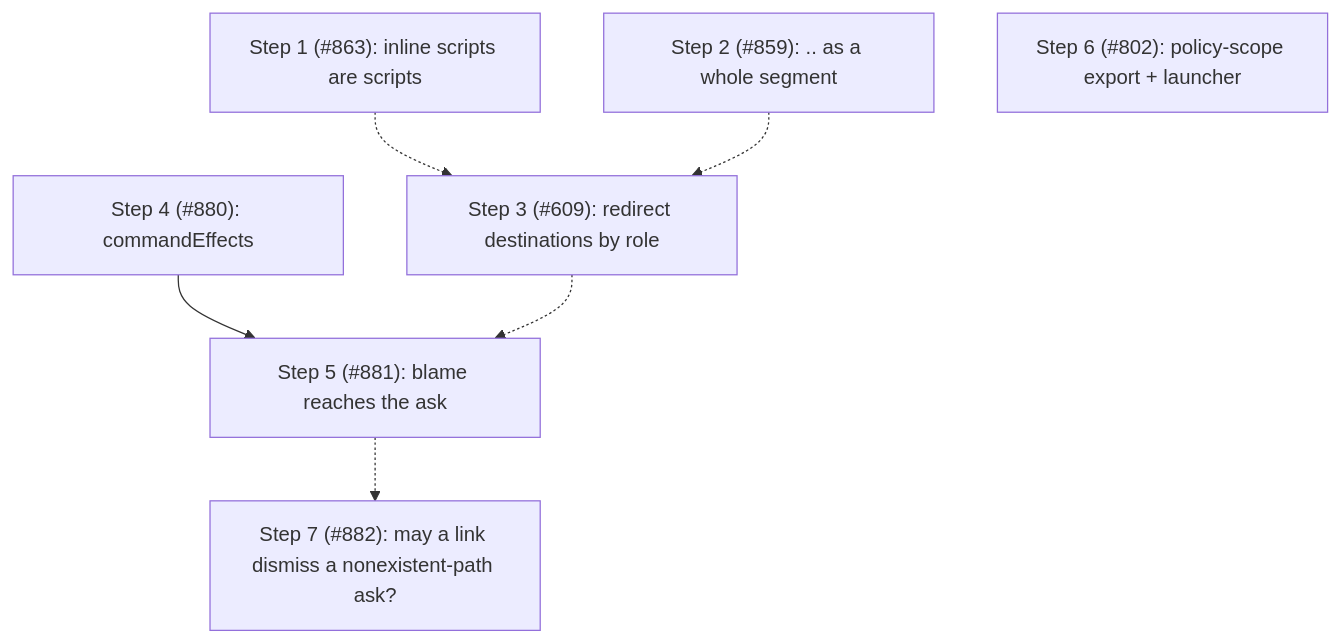
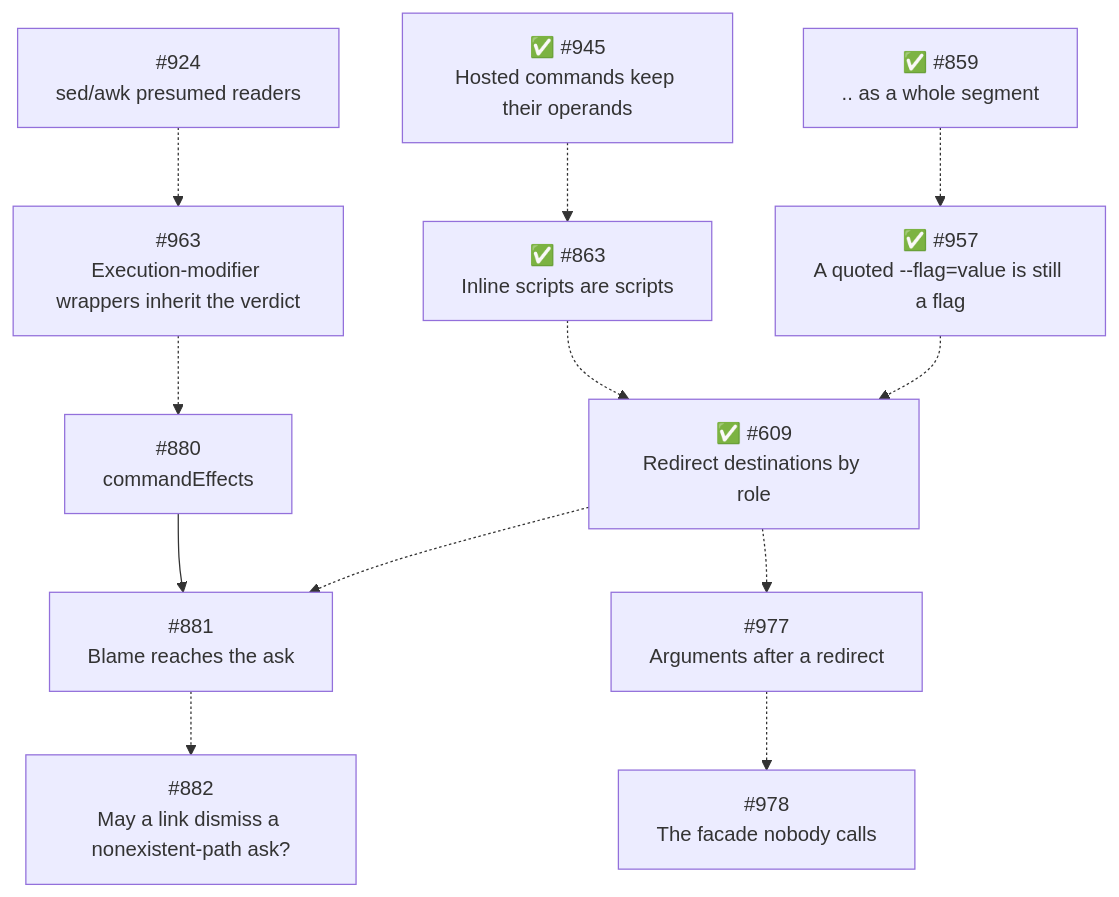
Before and after one commit to xzzpig/pi-extensions: the fourth of 4 diagrams in docs/architecture/architecture.md, drawn with Mermaid. The commit also changed other lines of this file and 91 other files, not shown here.

````diff
--- a/docs/architecture/architecture.md
+++ b/docs/architecture/architecture.md
@@ -1314,9 +1542,14 @@
 ```mermaid
 flowchart TD
-    S1["Step 1 (#863): inline scripts are scripts"] -.-> S3["Step 3 (#609): redirect destinations by role"]
-    S2["Step 2 (#859): .. as a whole segment"] -.-> S3
-    S4["Step 4 (#880): commandEffects"] --> S5["Step 5 (#881): blame reaches the ask"]
-    S3 -.-> S5
-    S6["Step 6 (#802): policy-scope export + launcher"]
-    S5 -.-> S7["Step 7 (#882): may a link dismiss a nonexistent-path ask?"]
+    S945["✅ #945<br/>Hosted commands keep their operands"] -.-> S863["✅ #863<br/>Inline scripts are scripts"]
+    S863 -.-> S609["✅ #609<br/>Redirect destinations by role"]
+    S859["✅ #859<br/>.. as a whole segment"] -.-> S957["✅ #957<br/>A quoted --flag=value is still a flag"]
+    S957 -.-> S609
+    S924["#924<br/>sed/awk presumed readers"] -.-> S963["#963<br/>Execution-modifier wrappers inherit the verdict"]
+    S963 -.-> S880["#880<br/>commandEffects"]
+    S880 --> S881["#881<br/>Blame reaches the ask"]
+    S609 -.-> S881
+    S609 -.-> S977["#977<br/>Arguments after a redirect"]
+    S977 -.-> S978["#978<br/>The facade nobody calls"]
+    S881 -.-> S882["#882<br/>May a link dismiss a nonexistent-path ask?"]
 ```
````
